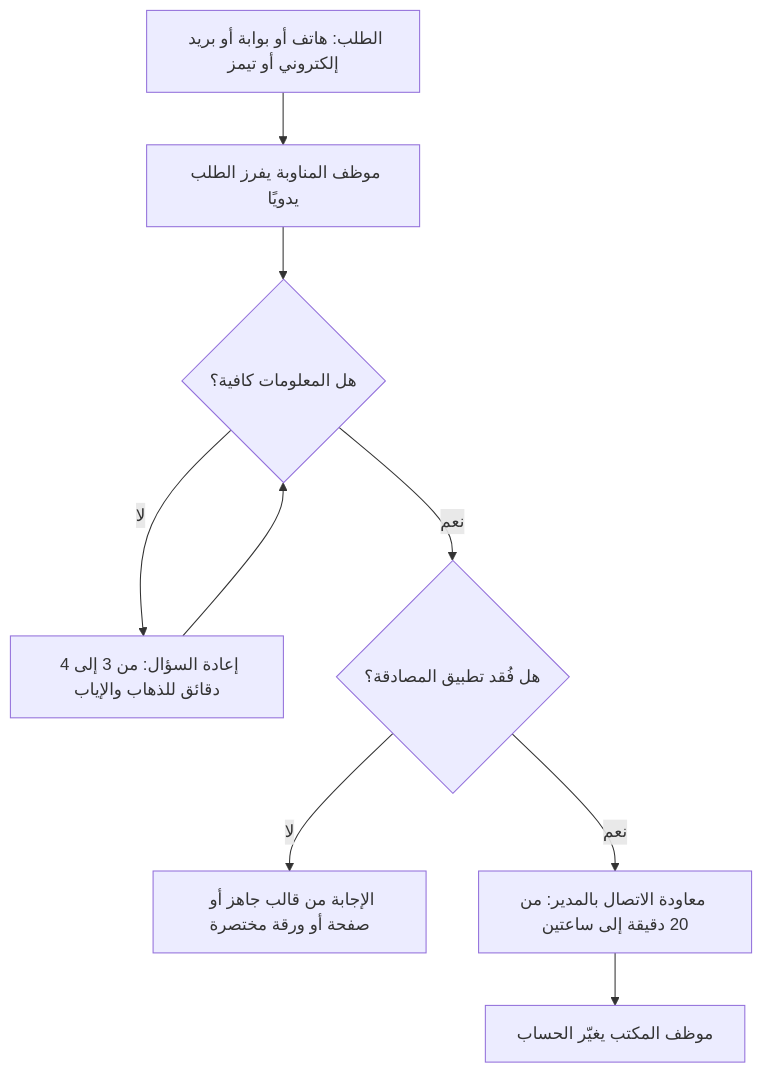
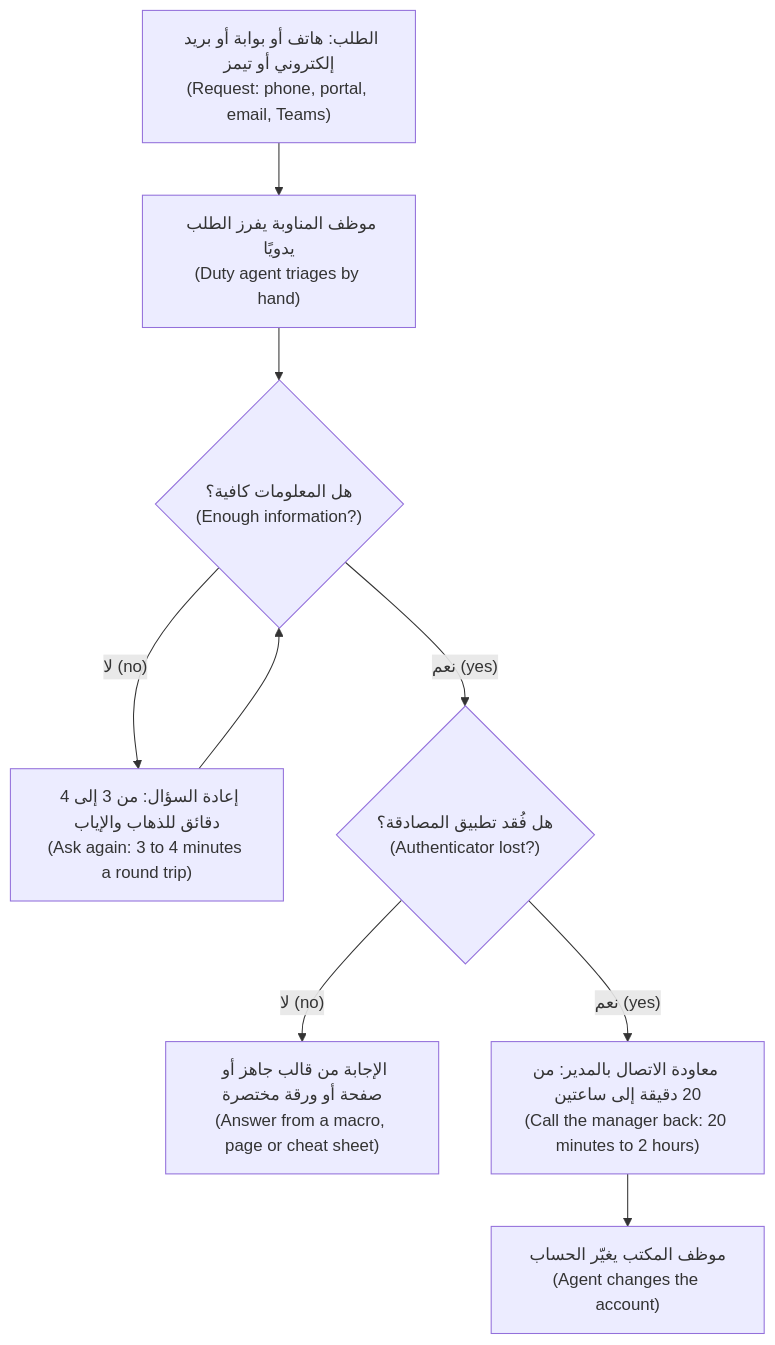
The diagram in aiapps/modules/06-requirements.ar.md (Tamoura/system-design-for-vibe-coders), drawn with Mermaid before and after one commit. The commit also changed 17 other files, not shown here.

First line of the commit message:
AI applications & agents: Arabic edition complete (RTL diagrams, diagram glosses, translated 60-question exam)

````diff
--- a/aiapps/modules/06-requirements.ar.md
+++ b/aiapps/modules/06-requirements.ar.md
@@ -47,11 +47,11 @@
 ```mermaid
 flowchart TD
-    A["الطلب: هاتف أو بوابة أو بريد إلكتروني أو تيمز"] --> B["موظف المناوبة يفرز الطلب يدويًا"]
-    B --> C{"هل المعلومات كافية؟"}
-    C -- "لا" --> D["إعادة السؤال: من 3 إلى 4 دقائق للذهاب والإياب"]
+    A["الطلب: هاتف أو بوابة أو بريد إلكتروني أو تيمز<br/>(Request: phone, portal, email, Teams)"] --> B["موظف المناوبة يفرز الطلب يدويًا<br/>(Duty agent triages by hand)"]
+    B --> C{"هل المعلومات كافية؟<br/>(Enough information?)"}
+    C -- "لا (no)" --> D["إعادة السؤال: من 3 إلى 4 دقائق للذهاب والإياب<br/>(Ask again: 3 to 4 minutes a round trip)"]
     D --> C
-    C -- "نعم" --> E{"هل فُقد تطبيق المصادقة؟"}
-    E -- "لا" --> F["الإجابة من قالب جاهز أو صفحة أو ورقة مختصرة"]
-    E -- "نعم" --> G["معاودة الاتصال بالمدير: من 20 دقيقة إلى ساعتين"]
-    G --> H["موظف المكتب يغيّر الحساب"]
+    C -- "نعم (yes)" --> E{"هل فُقد تطبيق المصادقة؟<br/>(Authenticator lost?)"}
+    E -- "لا (no)" --> F["الإجابة من قالب جاهز أو صفحة أو ورقة مختصرة<br/>(Answer from a macro, page or cheat sheet)"]
+    E -- "نعم (yes)" --> G["معاودة الاتصال بالمدير: من 20 دقيقة إلى ساعتين<br/>(Call the manager back: 20 minutes to 2 hours)"]
+    G --> H["موظف المكتب يغيّر الحساب<br/>(Agent changes the account)"]
 ```
````
